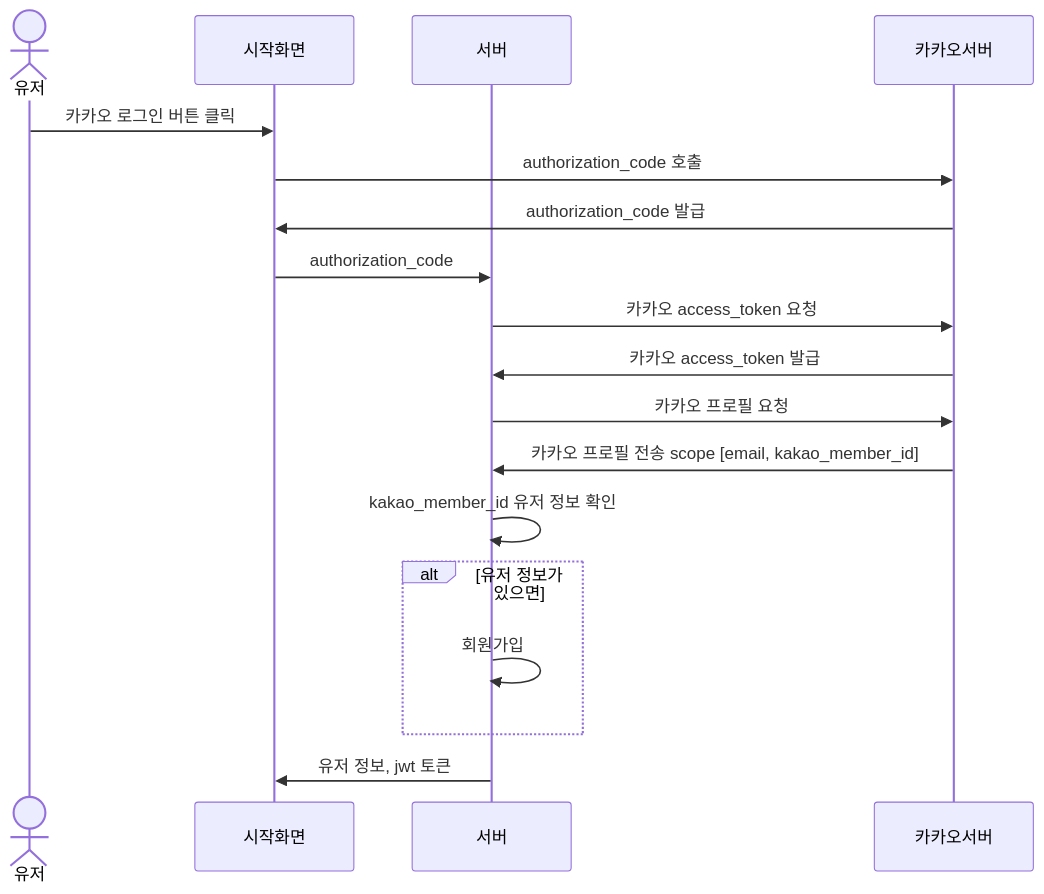
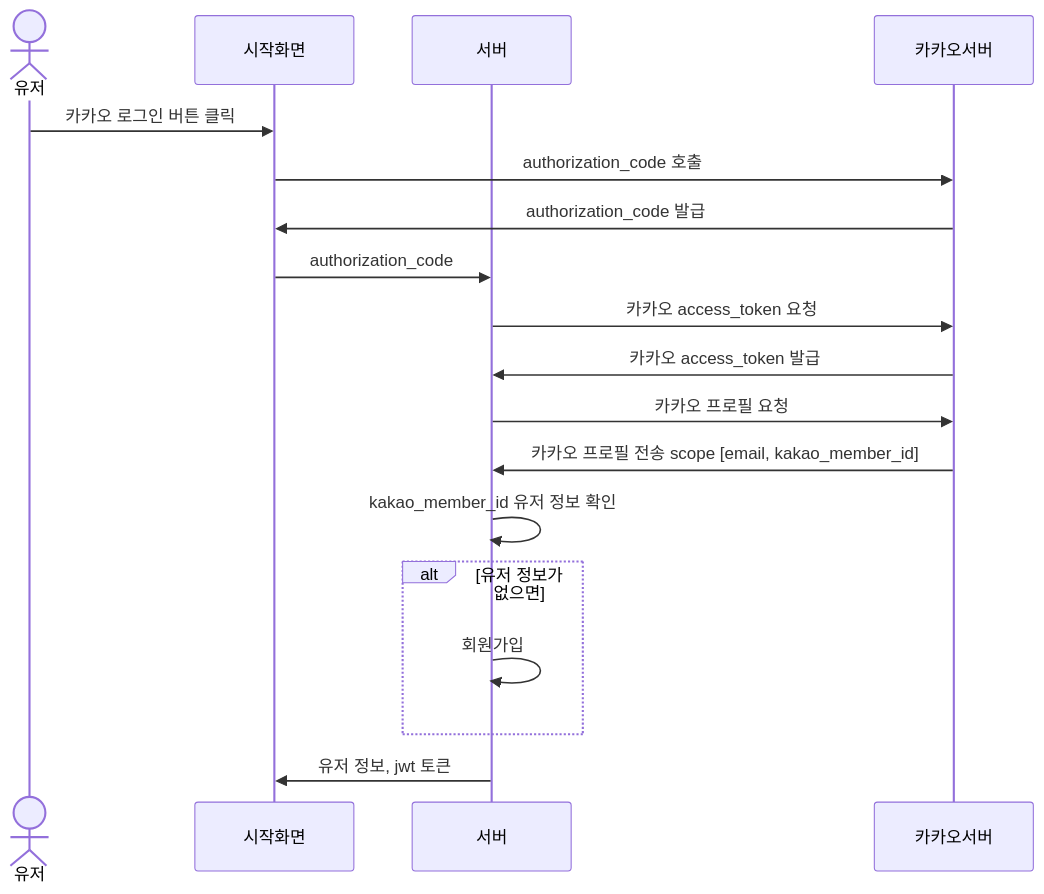
The first of 2 diagrams in README.md (jinheung90/book-rental-user-service), drawn with Mermaid before and after one commit. The commit also changed 8 other files, not shown here.

````diff
--- a/README.md
+++ b/README.md
@@ -14,21 +14,21 @@
 ```mermaid
 sequenceDiagram
     actor 유저
     participant 시작화면
     participant 서버
     participant 카카오서버
     
     유저 ->> 시작화면: 카카오 로그인 버튼 클릭
     시작화면 ->> 카카오서버: authorization_code 호출
     카카오서버 ->> 시작화면: authorization_code 발급
     시작화면 ->> 서버: authorization_code
     서버 ->> 카카오서버: 카카오 access_token 요청
     카카오서버 ->> 서버: 카카오 access_token 발급
     서버 ->> 카카오서버: 카카오 프로필 요청
     카카오서버 ->> 서버: 카카오 프로필 전송 scope [email, kakao_member_id]
     서버 ->> 서버: kakao_member_id 유저 정보 확인
-    alt 유저 정보가 있으면 
+    alt 유저 정보가 없으면 
         서버 ->> 서버: 회원가입
     end
     서버 ->> 시작화면: 유저 정보, jwt 토큰
 ```
````
